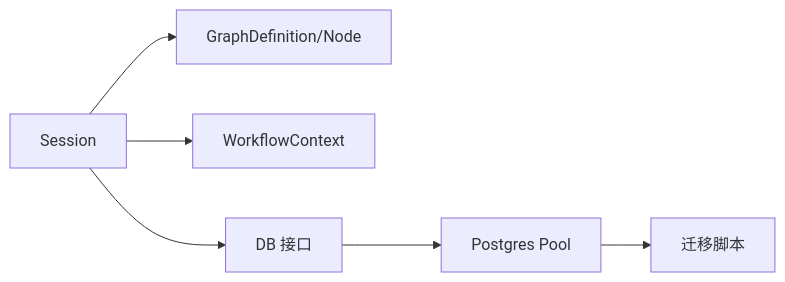
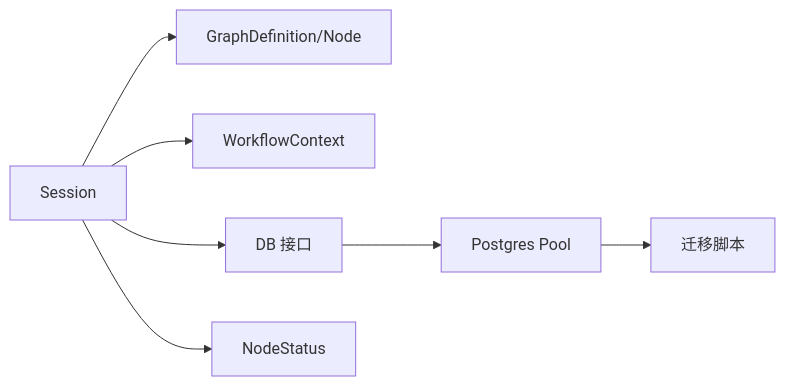
The fifth of 5 diagrams in .qoder/repowiki/zh/content/数据模型/核心实体模型/会话实体模型.md (hrygo/council), drawn with Mermaid before and after one commit. The commit also changed other lines of this file and 19 other files, not shown here.

````diff
--- a/.qoder/repowiki/zh/content/数据模型/核心实体模型/会话实体模型.md
+++ b/.qoder/repowiki/zh/content/数据模型/核心实体模型/会话实体模型.md
@@ -293,8 +282,9 @@
 ```mermaid
 graph LR
 Session["Session"] --> Types["GraphDefinition/Node"]
 Session --> Ctx["WorkflowContext"]
 Session --> DBI["DB 接口"]
 DBI --> PG["Postgres Pool"]
 PG --> MIG["迁移脚本"]
+Session --> NodeStatus["NodeStatus"]
 ```
````
